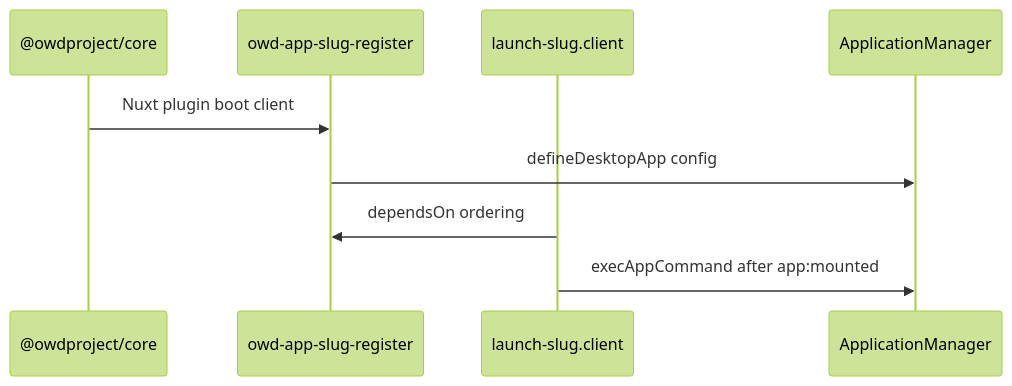
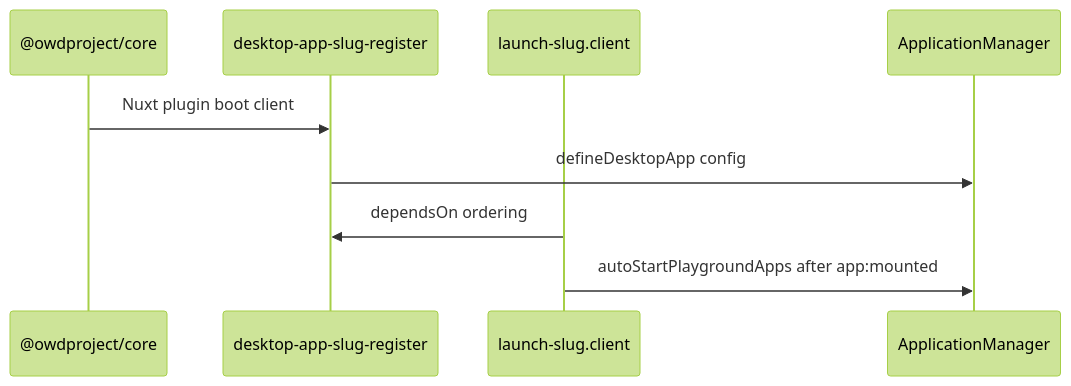
The diagram in content/4.apps/5.plugins.md (owdproject/docs), drawn with Mermaid (forest theme) before and after one commit. The commit also changed other lines of this file and 4 other files, not shown here.

Commit message:
docs: document desktop validate and 3.4 plugin/launch conventions

````diff
--- a/content/4.apps/5.plugins.md
+++ b/content/4.apps/5.plugins.md
@@ -17,12 +17,12 @@
 ```mermaid
 sequenceDiagram
   participant Core as @owdproject/core
-  participant Reg as owd-app-slug-register
+  participant Reg as desktop-app-slug-register
   participant Launch as launch-slug.client
   participant AM as ApplicationManager
 
   Core->>Reg: Nuxt plugin boot client
   Reg->>AM: defineDesktopApp config
   Launch->>Reg: dependsOn ordering
-  Launch->>AM: execAppCommand after app:mounted
+  Launch->>AM: autoStartPlaygroundApps after app:mounted
 ```
````
